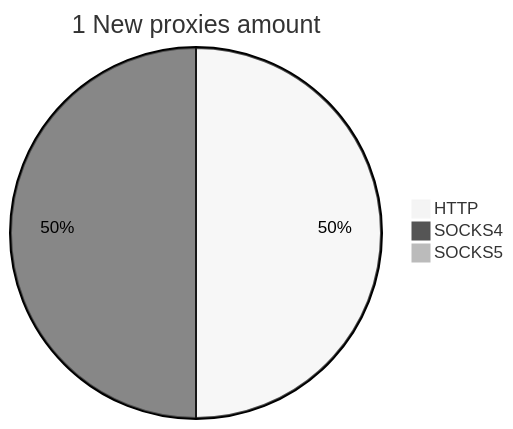
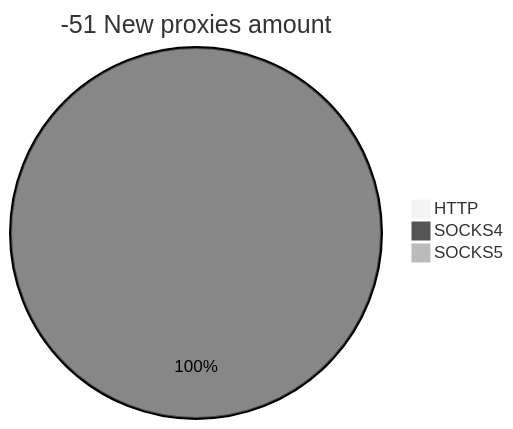
The second of 2 diagrams in README.md (cutipu/proxylist), drawn with Mermaid (neutral theme) before and after one commit. The commit also changed other lines of this file, not shown here.

````diff
--- a/README.md
+++ b/README.md
@@ -10,6 +10,6 @@
 ```mermaid
-pie title 1 New proxies amount
-    "HTTP" : 1
-    "SOCKS4" : 1
+pie title -51 New proxies amount
+    "HTTP" : 0
+    "SOCKS4" : 58
     "SOCKS5" : 0
 ```
````
